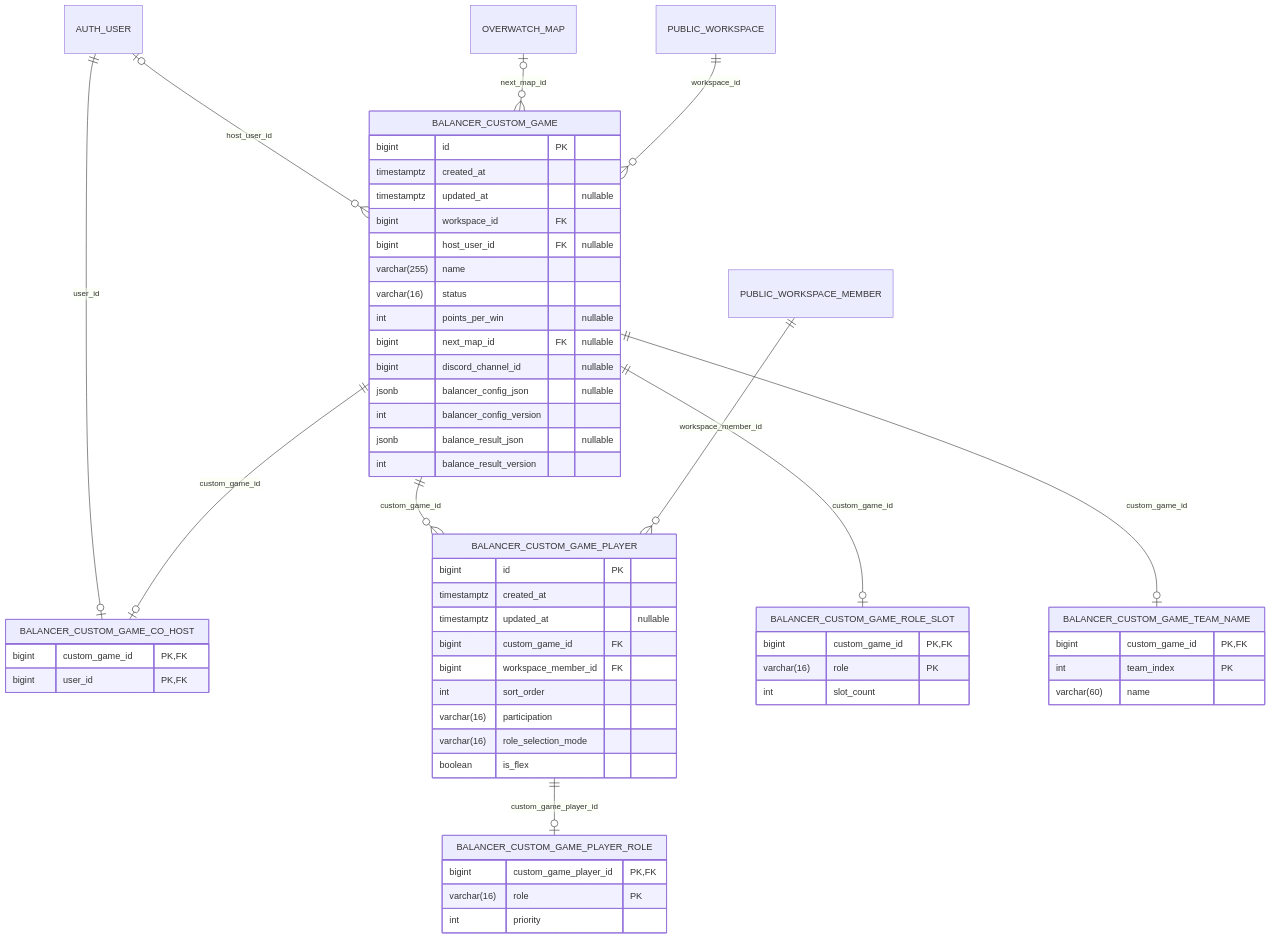
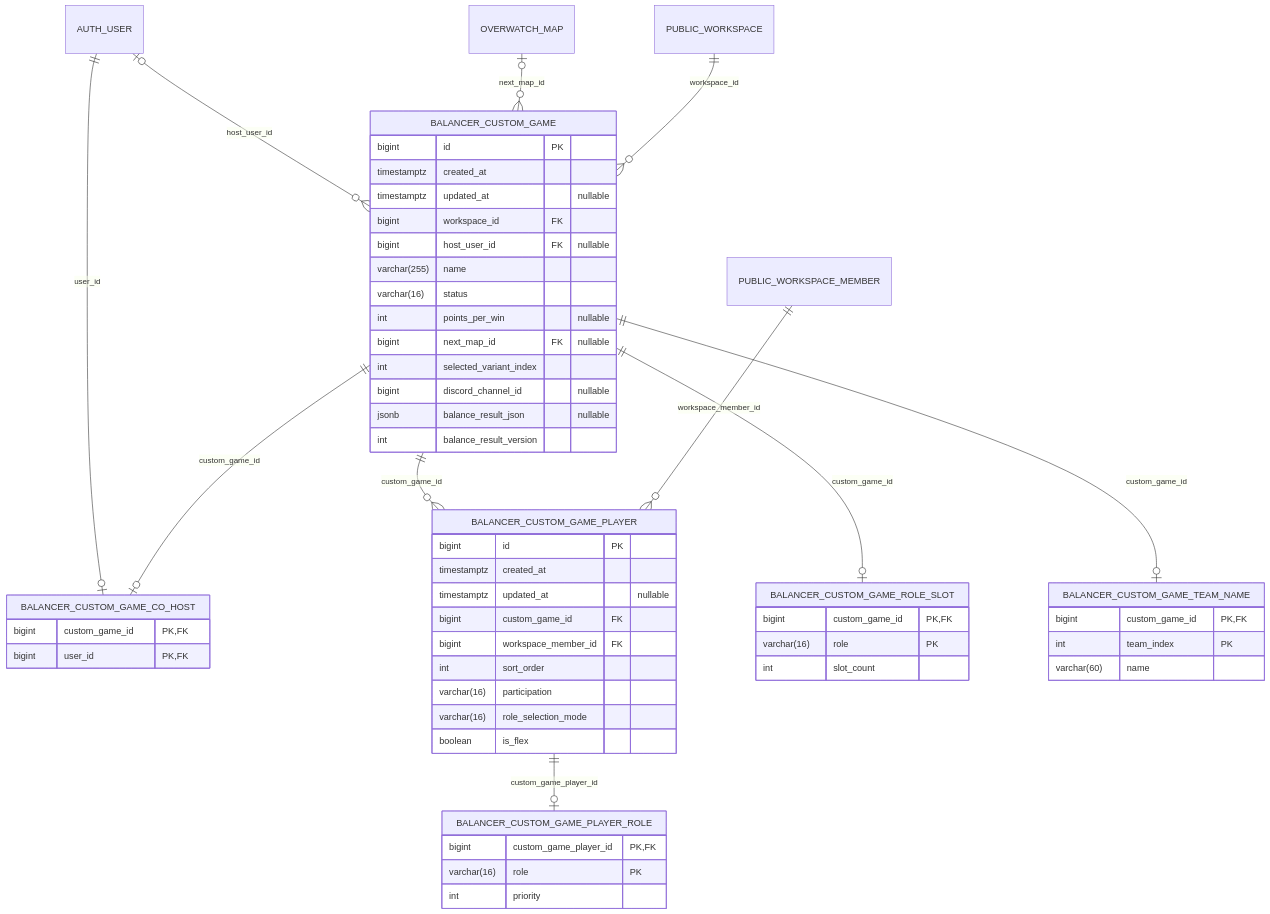
Before and after one commit to CraazzzyyFoxx/overwatch-tournaments: diagram 11 of 19 in docs/database_erd.md, drawn with Mermaid. The commit also changed other lines of this file and 50 other files, not shown here.

````diff
--- a/docs/database_erd.md
+++ b/docs/database_erd.md
@@ -1817,60 +1827,59 @@
 ```mermaid
 erDiagram
     BALANCER_CUSTOM_GAME {
         bigint id PK
         timestamptz created_at
         timestamptz updated_at "nullable"
         bigint workspace_id FK
         bigint host_user_id FK "nullable"
         varchar(255) name
         varchar(16) status
         int points_per_win "nullable"
         bigint next_map_id FK "nullable"
+        int selected_variant_index
         bigint discord_channel_id "nullable"
-        jsonb balancer_config_json "nullable"
-        int balancer_config_version
         jsonb balance_result_json "nullable"
         int balance_result_version
     }
     BALANCER_CUSTOM_GAME_CO_HOST {
         bigint custom_game_id PK,FK
         bigint user_id PK,FK
     }
     BALANCER_CUSTOM_GAME_PLAYER {
         bigint id PK
         timestamptz created_at
         timestamptz updated_at "nullable"
         bigint custom_game_id FK
         bigint workspace_member_id FK
         int sort_order
         varchar(16) participation
         varchar(16) role_selection_mode
         boolean is_flex
     }
     BALANCER_CUSTOM_GAME_PLAYER_ROLE {
         bigint custom_game_player_id PK,FK
         varchar(16) role PK
         int priority
     }
     BALANCER_CUSTOM_GAME_ROLE_SLOT {
         bigint custom_game_id PK,FK
         varchar(16) role PK
         int slot_count
     }
     BALANCER_CUSTOM_GAME_TEAM_NAME {
         bigint custom_game_id PK,FK
         int team_index PK
         varchar(60) name
     }
 
     AUTH_USER |o--o{ BALANCER_CUSTOM_GAME : "host_user_id"
     AUTH_USER ||--o| BALANCER_CUSTOM_GAME_CO_HOST : "user_id"
     BALANCER_CUSTOM_GAME ||--o{ BALANCER_CUSTOM_GAME_PLAYER : "custom_game_id"
     BALANCER_CUSTOM_GAME ||--o| BALANCER_CUSTOM_GAME_CO_HOST : "custom_game_id"
     BALANCER_CUSTOM_GAME ||--o| BALANCER_CUSTOM_GAME_ROLE_SLOT : "custom_game_id"
     BALANCER_CUSTOM_GAME ||--o| BALANCER_CUSTOM_GAME_TEAM_NAME : "custom_game_id"
     BALANCER_CUSTOM_GAME_PLAYER ||--o| BALANCER_CUSTOM_GAME_PLAYER_ROLE : "custom_game_player_id"
     OVERWATCH_MAP |o--o{ BALANCER_CUSTOM_GAME : "next_map_id"
     PUBLIC_WORKSPACE ||--o{ BALANCER_CUSTOM_GAME : "workspace_id"
     PUBLIC_WORKSPACE_MEMBER ||--o{ BALANCER_CUSTOM_GAME_PLAYER : "workspace_member_id"
 ```
````
